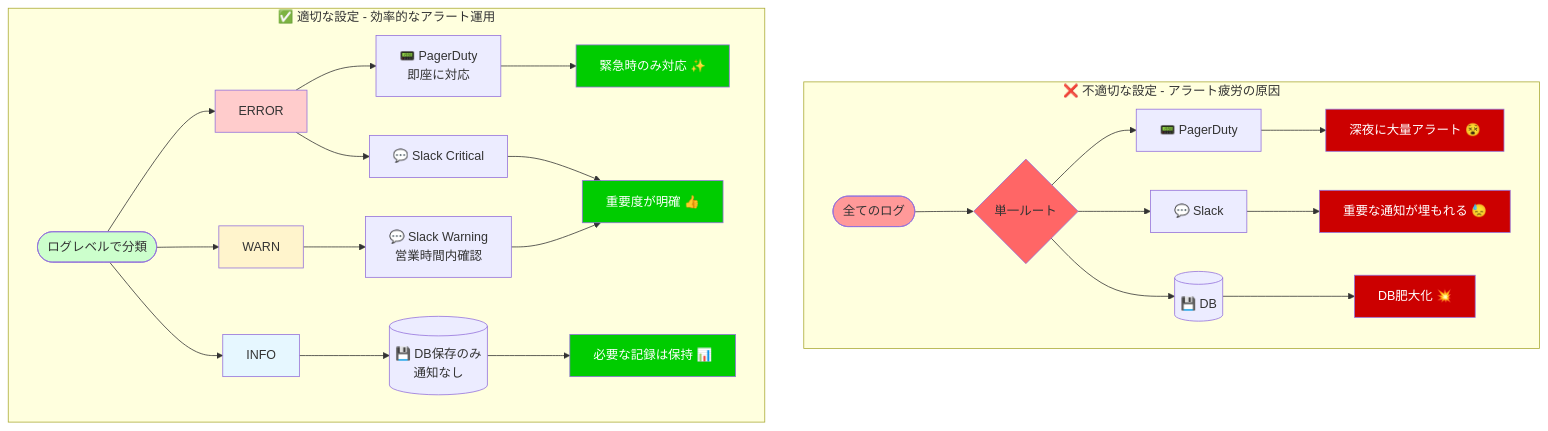
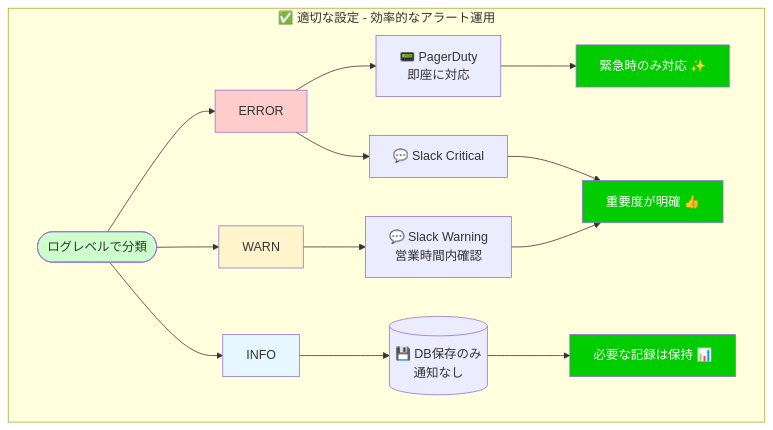
The second of 3 diagrams in content/post/log-monitoring-part1.md (nqou-net/www.nqou.net), drawn with Mermaid before and after one commit. The commit also changed other lines of this file and 3 other files, not shown here.

````diff
--- a/content/post/log-monitoring-part1.md
+++ b/content/post/log-monitoring-part1.md
@@ -98,45 +117,28 @@
 ```mermaid
 graph TB
-    subgraph bad[❌ 不適切な設定 - アラート疲労の原因]
-        BadStart([全てのログ]) --> BadRoute{単一ルート}
-        BadRoute --> BadPD[📟 PagerDuty]
-        BadRoute --> BadSlack[💬 Slack]
-        BadRoute --> BadDB[(💾 DB)]
-        
-        BadPD --> BadResult1[深夜に大量アラート 😵]
-        BadSlack --> BadResult2[重要な通知が埋もれる 😓]
-        BadDB --> BadResult3[DB肥大化 💥]
-        
-        style BadStart fill:#ff9999
-        style BadRoute fill:#ff6666
-        style BadResult1 fill:#cc0000,color:#fff
-        style BadResult2 fill:#cc0000,color:#fff
-        style BadResult3 fill:#cc0000,color:#fff
-    end
-    
     subgraph good[✅ 適切な設定 - 効率的なアラート運用]
         GoodStart([ログレベルで分類]) --> GoodError[ERROR]
         GoodStart --> GoodWarn[WARN]
         GoodStart --> GoodInfo[INFO]
         
         GoodError --> GoodPD[📟 PagerDuty<br/>即座に対応]
         GoodError --> GoodSlackC[💬 Slack Critical]
         
         GoodWarn --> GoodSlackW[💬 Slack Warning<br/>営業時間内確認]
         
         GoodInfo --> GoodDB[(💾 DB保存のみ<br/>通知なし)]
         
         GoodPD --> GoodResult1[緊急時のみ対応 ✨]
         GoodSlackC --> GoodResult2[重要度が明確 👍]
         GoodSlackW --> GoodResult2
         GoodDB --> GoodResult3[必要な記録は保持 📊]
         
         style GoodStart fill:#ccffcc
         style GoodError fill:#ffcccc
         style GoodWarn fill:#fff4cc
         style GoodInfo fill:#e6f7ff
         style GoodResult1 fill:#00cc00,color:#fff
         style GoodResult2 fill:#00cc00,color:#fff
         style GoodResult3 fill:#00cc00,color:#fff
     end
 ```
````
